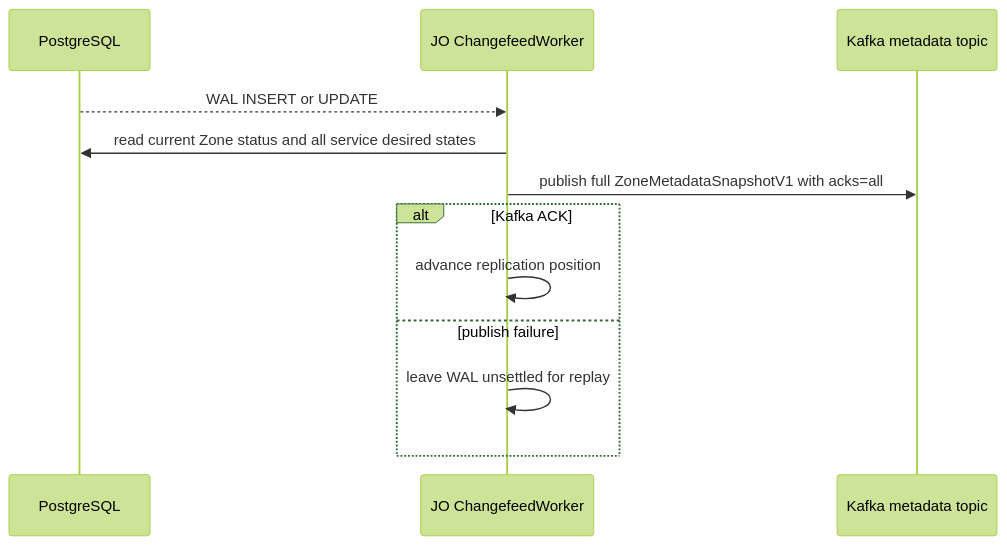
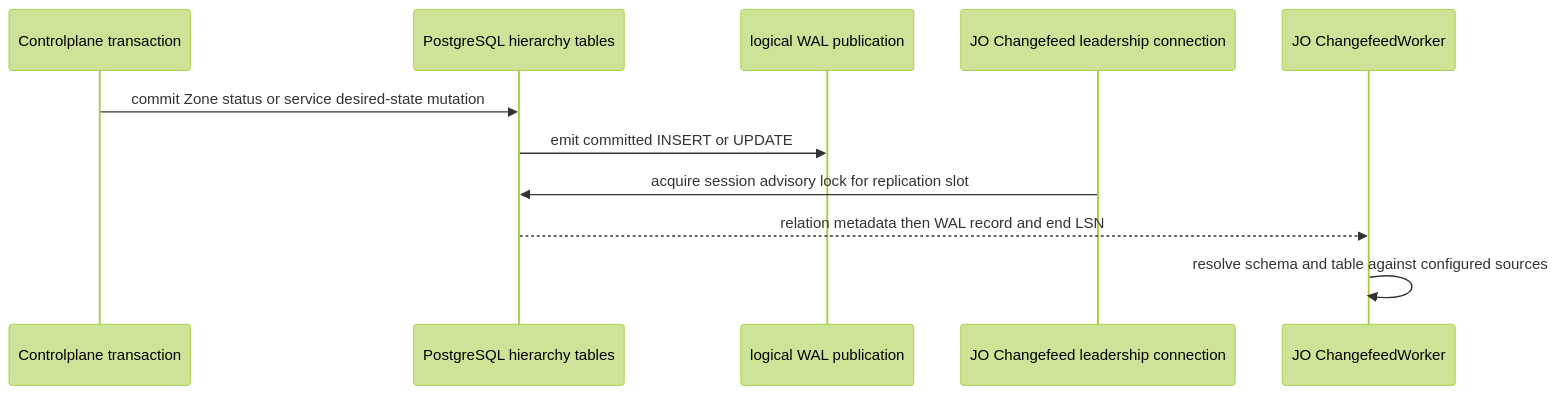
Before and after one commit to phucle996/aurora: the first of 3 diagrams in god_view/zone_runtime/zone_metadata_propagation_god_view_workflow.md, drawn with Mermaid (forest theme). The commit also changed other lines of this file and 68 other files, not shown here.

Commit message:
refactor zone storage transfer and update architecture docs

````diff
--- a/god_view/zone_runtime/zone_metadata_propagation_god_view_workflow.md
+++ b/god_view/zone_runtime/zone_metadata_propagation_god_view_workflow.md
@@ -29,14 +62,14 @@
 ```mermaid
 sequenceDiagram
-    participant PG as PostgreSQL
-    participant C as JO ChangefeedWorker
-    participant K as Kafka metadata topic
-    PG-->>C: WAL INSERT or UPDATE
-    C->>PG: read current Zone status and all service desired states
-    C->>K: publish full ZoneMetadataSnapshotV1 with acks=all
-    alt Kafka ACK
-        C->>C: advance replication position
-    else publish failure
-        C->>C: leave WAL unsettled for replay
-    end
+    participant CP as Controlplane transaction
+    participant PG as PostgreSQL hierarchy tables
+    participant WAL as logical WAL publication
+    participant CL as JO Changefeed leadership connection
+    participant CW as JO ChangefeedWorker
+
+    CP->>PG: commit Zone status or service desired-state mutation
+    PG->>WAL: emit committed INSERT or UPDATE
+    CL->>PG: acquire session advisory lock for replication slot
+    PG-->>CW: relation metadata then WAL record and end LSN
+    CW->>CW: resolve schema and table against configured sources
 ```
````
